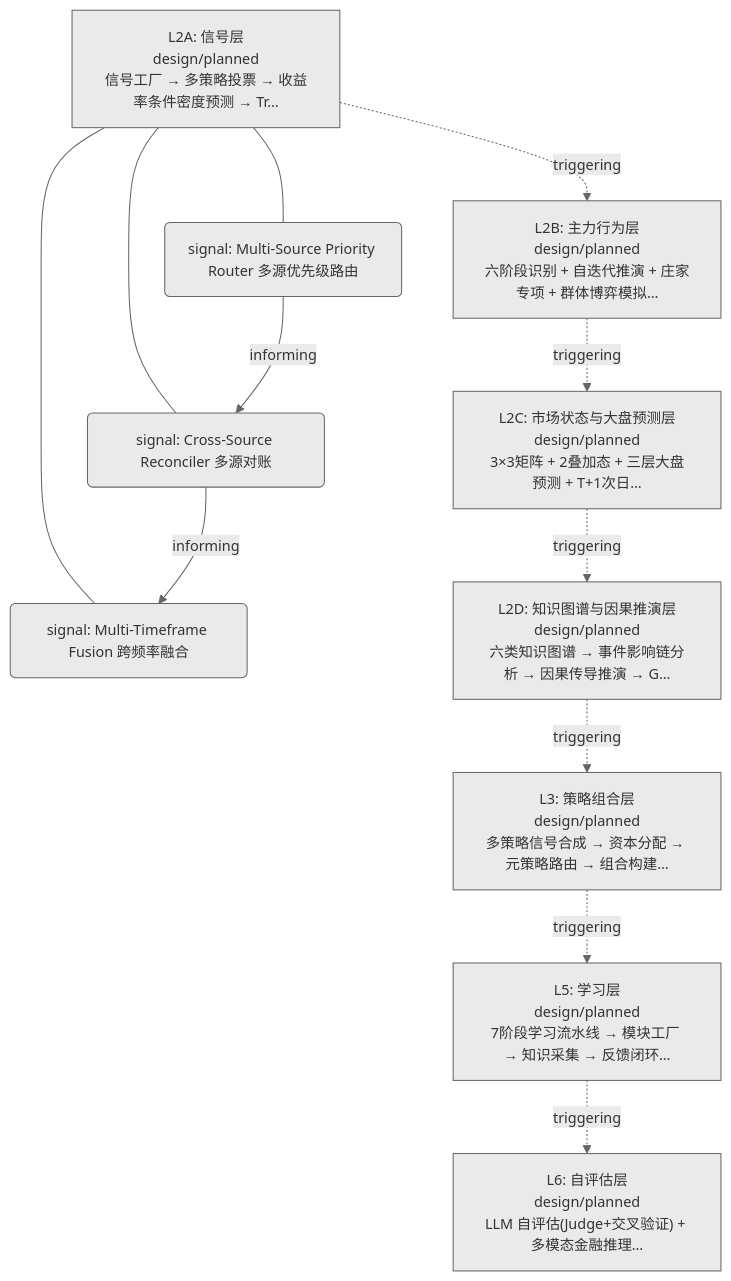
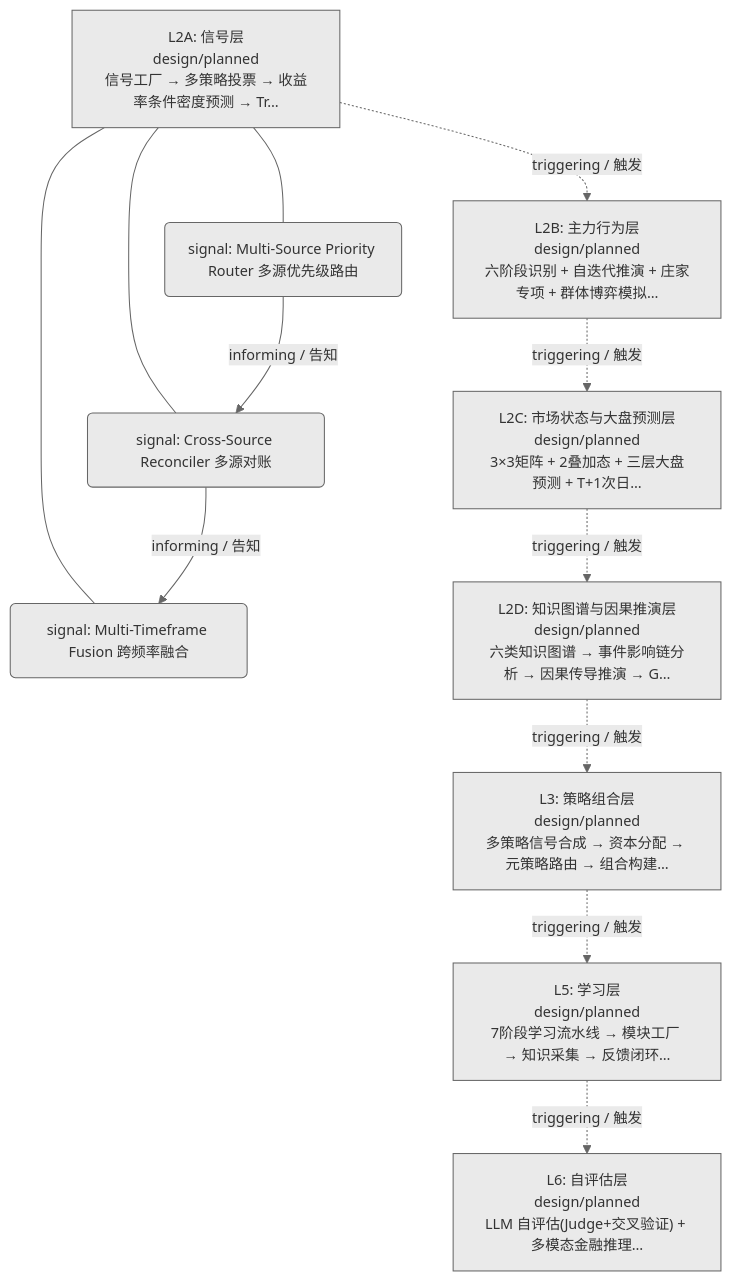
The first of 2 diagrams in docs/02_enterprise_architecture/06_decision_architecture/06_decision_l2a_data.md (xuanFelixVan/ZephyrAlpha), drawn with Mermaid before and after one commit. The commit also changed other lines of this file and 23 other files, not shown here.

First line of the commit message:
feat(decision-diagram): mermaid 边标签加中文（triggering/触发 等）

````diff
--- a/docs/02_enterprise_architecture/06_decision_architecture/06_decision_l2a_data.md
+++ b/docs/02_enterprise_architecture/06_decision_architecture/06_decision_l2a_data.md
@@ -21,25 +21,25 @@
 ```mermaid
 %%{init: {'theme': 'base', 'themeVariables': {'primaryColor': '#eaeaea', 'primaryTextColor': '#333333', 'primaryBorderColor': '#666666', 'lineColor': '#666666', 'secondaryColor': '#eaeaea', 'tertiaryColor': '#eaeaea', 'fontSize': '14px'}}}%%
 flowchart TD
     LL2A["L2A: 信号层<br/>design/planned<br/>信号工厂 → 多策略投票 → 收益率条件密度预测 → Tr…"]
     N192("signal: Multi-Source Priority Router 多源优先级路由")
     LL2A --- N192
     N193("signal: Cross-Source Reconciler 多源对账")
     LL2A --- N193
     N194("signal: Multi-Timeframe Fusion 跨频率融合")
     LL2A --- N194
     LL2B["L2B: 主力行为层<br/>design/planned<br/>六阶段识别 + 自迭代推演 + 庄家专项 + 群体博弈模拟…"]
     LL2C["L2C: 市场状态与大盘预测层<br/>design/planned<br/>3×3矩阵 + 2叠加态 + 三层大盘预测 + T+1次日…"]
     LL2D["L2D: 知识图谱与因果推演层<br/>design/planned<br/>六类知识图谱 → 事件影响链分析 → 因果传导推演 → G…"]
     LL3["L3: 策略组合层<br/>design/planned<br/>多策略信号合成 → 资本分配 → 元策略路由 → 组合构建…"]
     LL5["L5: 学习层<br/>design/planned<br/>7阶段学习流水线 → 模块工厂 → 知识采集 → 反馈闭环…"]
     LL6["L6: 自评估层<br/>design/planned<br/>LLM 自评估(Judge+交叉验证) + 多模态金融推理…"]
-    LL2A -.->|triggering| LL2B
-    LL2B -.->|triggering| LL2C
-    LL2C -.->|triggering| LL2D
-    LL2D -.->|triggering| LL3
-    LL3 -.->|triggering| LL5
-    LL5 -.->|triggering| LL6
-    N192 -->|informing| N193
-    N193 -->|informing| N194
+    LL2A -.->|triggering / 触发| LL2B
+    LL2B -.->|triggering / 触发| LL2C
+    LL2C -.->|triggering / 触发| LL2D
+    LL2D -.->|triggering / 触发| LL3
+    LL3 -.->|triggering / 触发| LL5
+    LL5 -.->|triggering / 触发| LL6
+    N192 -->|informing / 告知| N193
+    N193 -->|informing / 告知| N194
 ```
````
